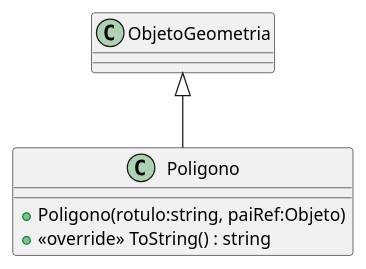
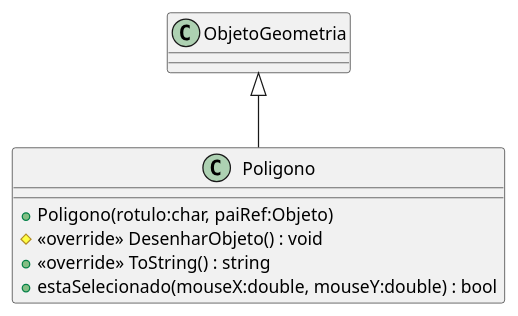
Before and after one commit to GCG-FURB/disciplinaCg_2020-2_not_equipe-01: the diagram in unidade_3/CG_N3/plantuml/Poligono.puml, drawn with PlantUML. The commit also changed 14 other files, not shown here.

Commit message:
Diagrama

```diff
--- a/unidade_3/CG_N3/plantuml/Poligono.puml
+++ b/unidade_3/CG_N3/plantuml/Poligono.puml
@@ -1,7 +1,9 @@
 @startuml
 class Poligono {
-    + Poligono(rotulo:string, paiRef:Objeto)
+    + Poligono(rotulo:char, paiRef:Objeto)
+    # <<override>> DesenharObjeto() : void
     + <<override>> ToString() : string
+    + estaSelecionado(mouseX:double, mouseY:double) : bool
 }
 ObjetoGeometria <|-- Poligono
 @enduml
```
